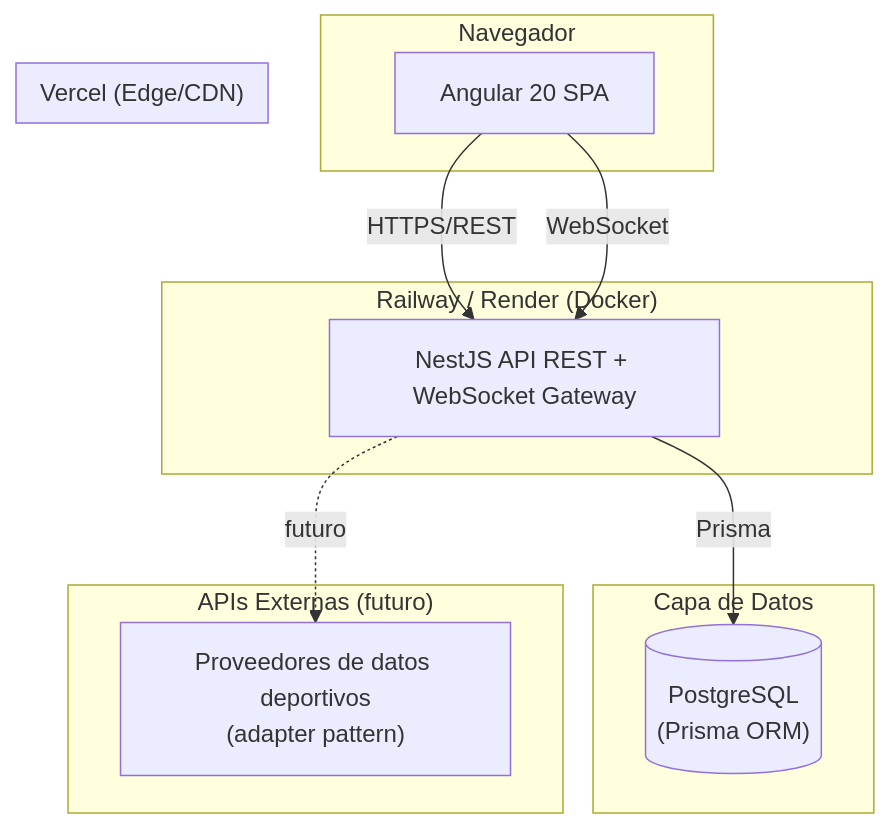
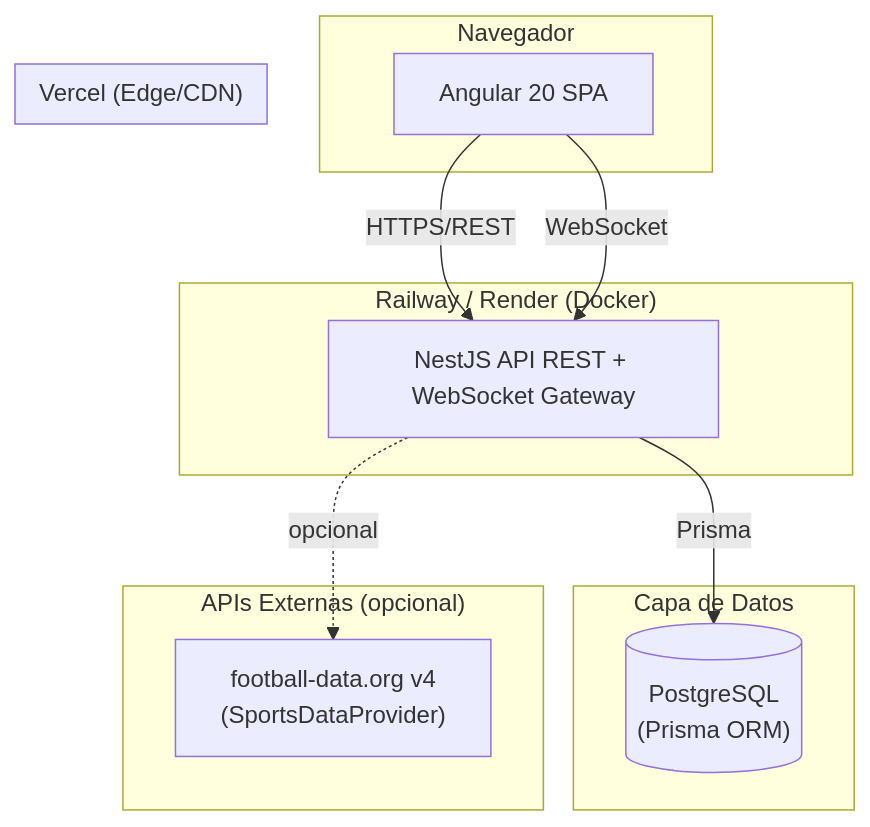
The diagram in docs/ARCHITECTURE.md (PaulRrH/football-analytics-platform), drawn with Mermaid before and after one commit. The commit also changed other lines of this file and 41 other files, not shown here.

First line of the commit message:
feat: Fase 7 - adaptador de APIs externas (SportsDataProvider)

````diff
--- a/docs/ARCHITECTURE.md
+++ b/docs/ARCHITECTURE.md
@@ -5,27 +5,27 @@
 ```mermaid
 flowchart TB
     subgraph Client["Navegador"]
         SPA["Angular 20 SPA"]
     end
 
     subgraph Vercel["Vercel (Edge/CDN)"]
         SPA
     end
 
     subgraph Backend["Railway / Render (Docker)"]
         API["NestJS API REST + WebSocket Gateway"]
     end
 
     subgraph Data["Capa de Datos"]
         PG[("PostgreSQL\n(Prisma ORM)")]
     end
 
-    subgraph External["APIs Externas (futuro)"]
-        EXT["Proveedores de datos deportivos\n(adapter pattern)"]
+    subgraph External["APIs Externas (opcional)"]
+        EXT["football-data.org v4\n(SportsDataProvider)"]
     end
 
     SPA -- HTTPS/REST --> API
     SPA -- WebSocket --> API
     API -- Prisma --> PG
-    API -. futuro .-> EXT
+    API -. opcional .-> EXT
 ```
````
